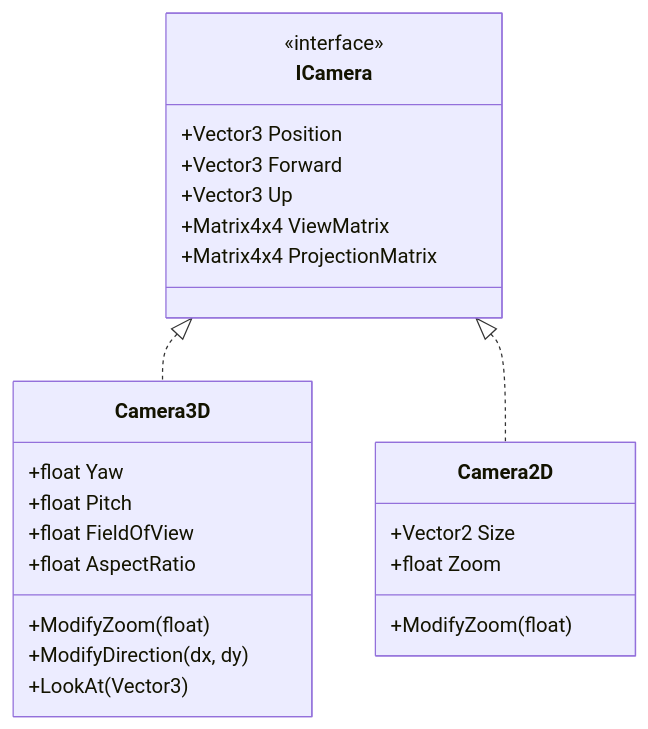
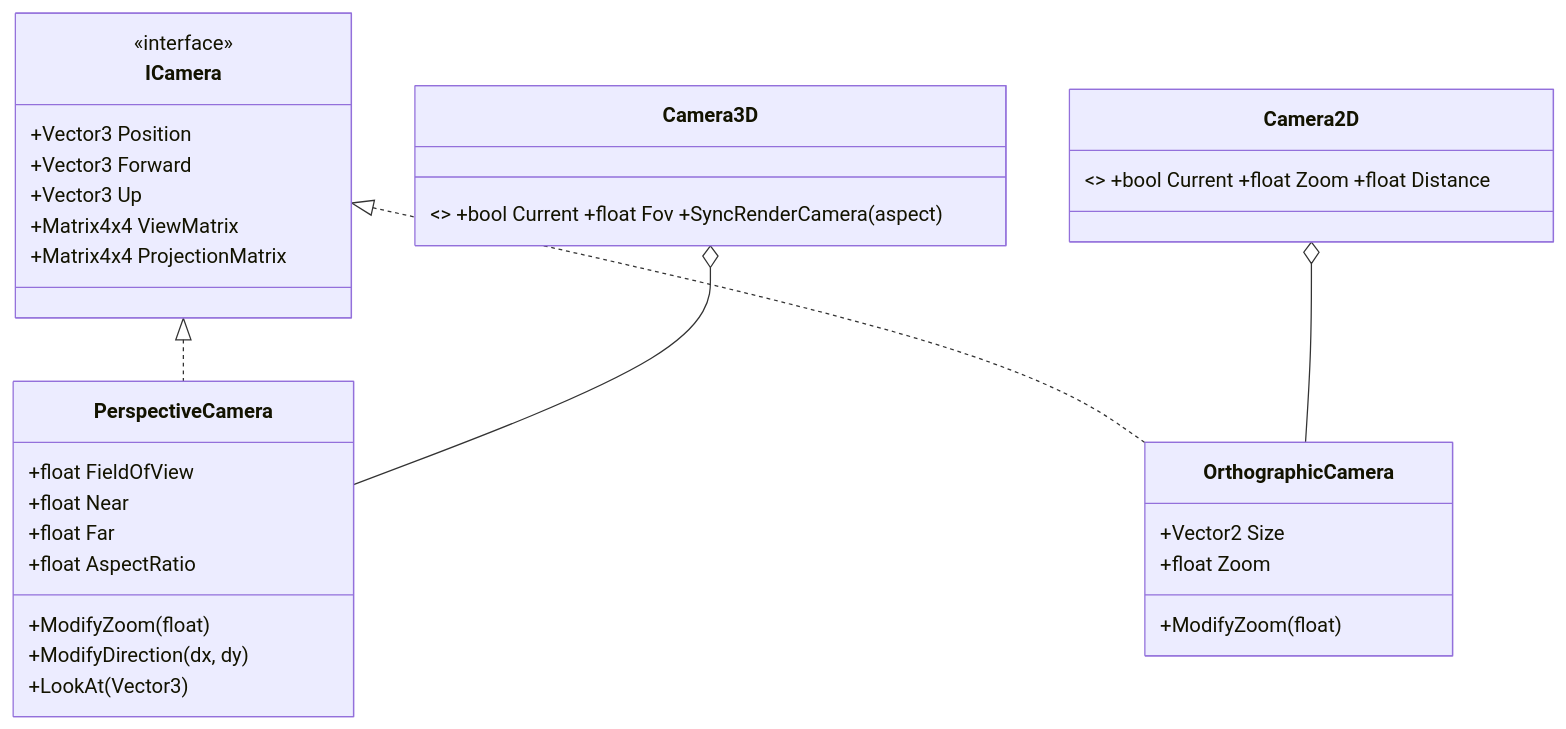
Before and after one commit to Mainframe-Games/mainframe-engine: the diagram in docs/design/cameras-and-input.md, drawn with Mermaid. The commit also changed other lines of this file and 30 other files, not shown here.

First line of the commit message:
M2: Move the node-system and scene-serialization proposals into current-state docs

````diff
--- a/docs/design/cameras-and-input.md
+++ b/docs/design/cameras-and-input.md
@@ -18,27 +24,31 @@
 ```mermaid
 classDiagram
     class ICamera {
         <<interface>>
         +Vector3 Position
         +Vector3 Forward
         +Vector3 Up
         +Matrix4x4 ViewMatrix
         +Matrix4x4 ProjectionMatrix
     }
-    class Camera3D {
-        +float Yaw
-        +float Pitch
+    class PerspectiveCamera {
         +float FieldOfView
+        +float Near
+        +float Far
         +float AspectRatio
         +ModifyZoom(float)
         +ModifyDirection(dx, dy)
         +LookAt(Vector3)
     }
-    class Camera2D {
+    class OrthographicCamera {
         +Vector2 Size
         +float Zoom
         +ModifyZoom(float)
     }
-    ICamera <|.. Camera3D
-    ICamera <|.. Camera2D
+    class Camera3D { <<node>> +bool Current +float Fov +SyncRenderCamera(aspect) }
+    class Camera2D { <<node>> +bool Current +float Zoom +float Distance }
+    ICamera <|.. PerspectiveCamera
+    ICamera <|.. OrthographicCamera
+    Camera3D o-- PerspectiveCamera
+    Camera2D o-- OrthographicCamera
 ```
````
